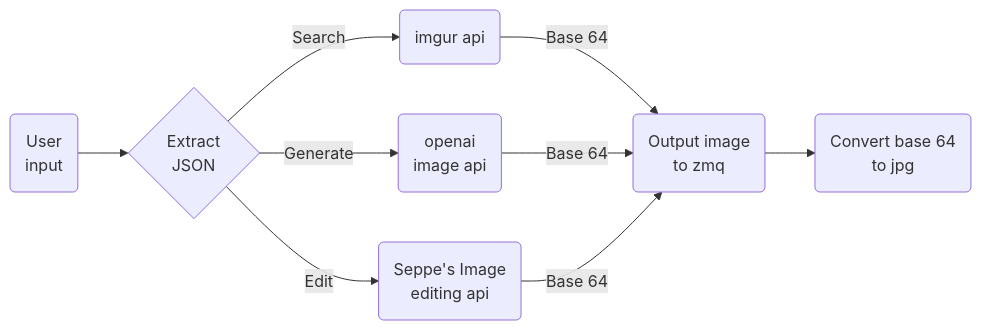
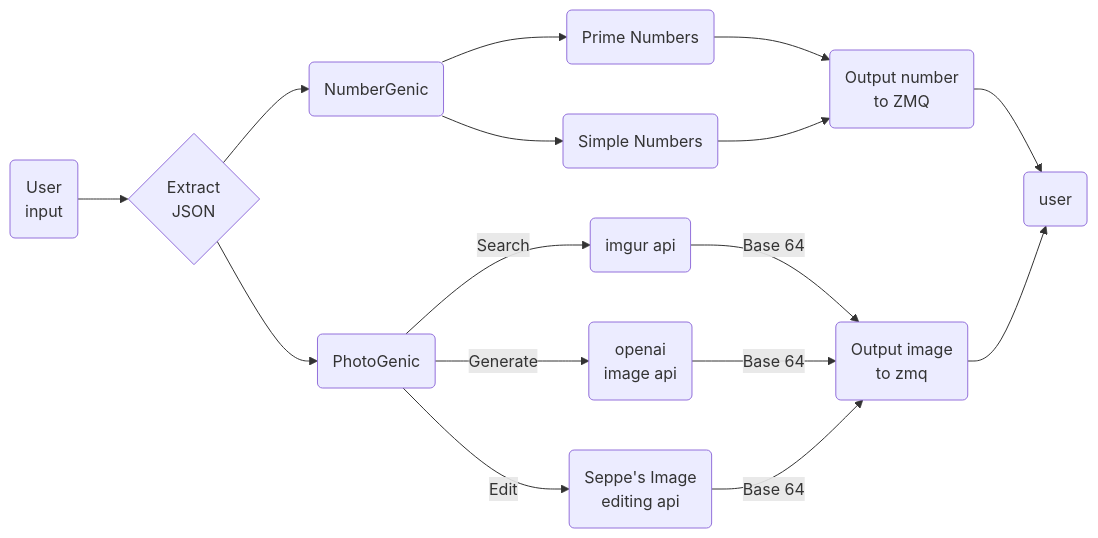
One commit to TheNeg0t1ator/Benternet-ZMQ changed the second of 2 diagrams in README.md. Above: the diagram before and after it, drawn with Mermaid.

````diff
--- a/README.md
+++ b/README.md
@@ -20,16 +20,34 @@
 ```mermaid
 flowchart LR
     INPUT(User</br> input)
     JSON{Extract </br>JSON}
     OUTPUT(Output image </br>to zmq)
-    USER_OUTPUT(Convert base 64</br>to jpg)
+    USER_OUTPUT(user)
+    IMAGE(PhotoGenic)
+    NUMBER(NumberGenic)
+    PRIMES(Prime Numbers)
+    SIMPLES(Simple Numbers)
+    NUMBER_OUT(Output number </br>to ZMQ)
+
     INPUT-->JSON
+    JSON-->IMAGE
+    JSON-->NUMBER
+
+    NUMBER-->PRIMES & SIMPLES
+
+    PRIMES & SIMPLES --> NUMBER_OUT
+    NUMBER_OUT --> USER_OUTPUT
+    
+
     IMGUR(imgur api)
     OPENAI(openai</br>image api)
     SEPPE(Seppe's Image </br>editing api)
-    JSON--Search-->IMGUR
-    JSON--Generate-->OPENAI
-    JSON--Edit-->SEPPE
+
+    IMAGE--Search-->IMGUR
+    IMAGE--Generate-->OPENAI
+    IMAGE--Edit-->SEPPE
+
+
     IMGUR & OPENAI & SEPPE --Base 64 -->OUTPUT
     OUTPUT-->USER_OUTPUT
 ```
````
